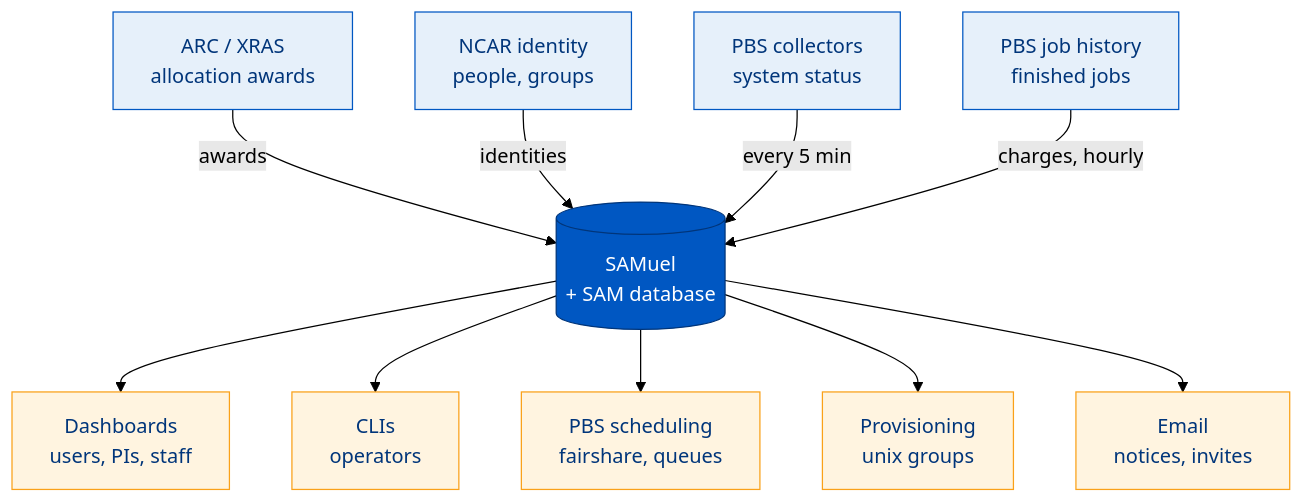
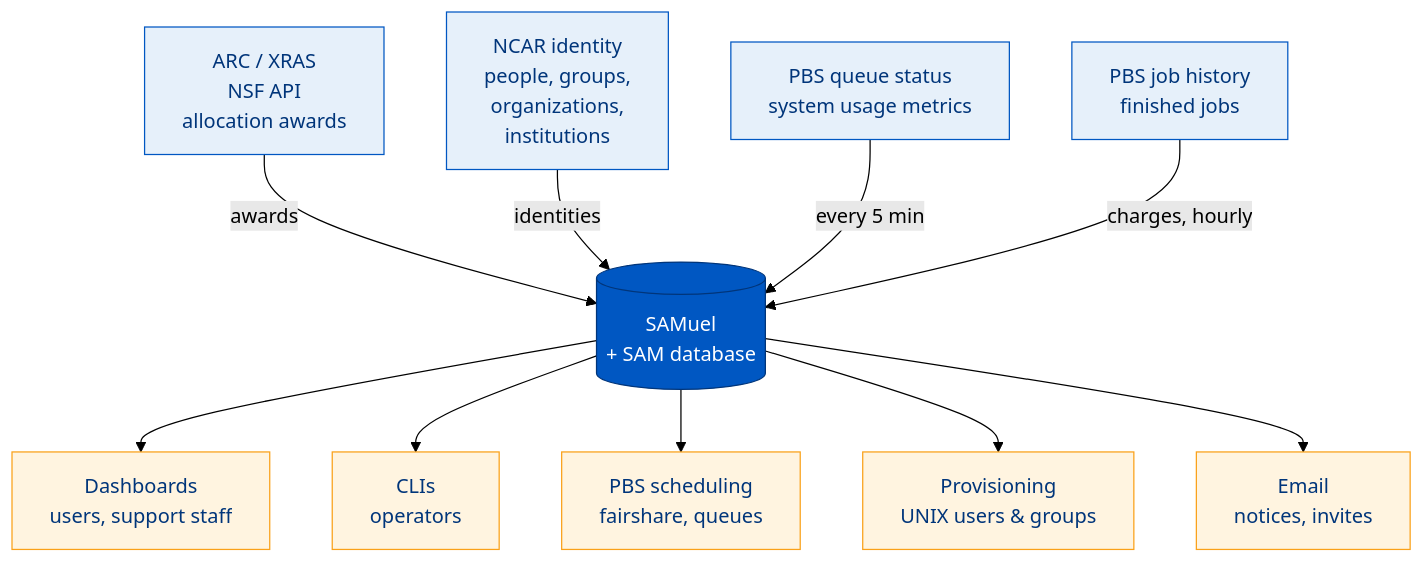
Before and after one commit to benkirk/quarto-docs-framework: the diagram in docs/samuel/_1-overview.qmd, drawn with Mermaid (forest theme). The commit also changed other lines of this file and 5 other files, not shown here.

````diff
--- a/docs/samuel/_1-overview.qmd
+++ b/docs/samuel/_1-overview.qmd
@@ -90,26 +98,26 @@
 ```{mermaid}
 %%| fig-width: 10
 flowchart TB
-    XRAS["ARC / XRAS<br/>allocation awards"]:::inb
-    LDAP["NCAR identity<br/>people, groups"]:::inb
-    COL["PBS collectors<br/>system status"]:::inb
+    XRAS["ARC / XRAS<br/>NSF API<br/>allocation awards"]:::inb
+    LDAP["NCAR identity<br/>people, groups,<br/>organizations,<br/>institutions"]:::inb
+    COL["PBS queue status<br/>system usage metrics"]:::inb
     JOBS["PBS job history<br/>finished jobs"]:::inb
     SAM[("SAMuel<br/>+ SAM database")]:::core
-    WEB["Dashboards<br/>users, PIs, staff"]:::out
+    WEB["Dashboards<br/>users, support staff"]:::out
     CLI["CLIs<br/>operators"]:::out
     PBS["PBS scheduling<br/>fairshare, queues"]:::out
-    PROV["Provisioning<br/>unix groups"]:::out
+    PROV["Provisioning<br/>UNIX users & groups"]:::out
     MAIL["Email<br/>notices, invites"]:::out
     XRAS -->|awards| SAM
     LDAP -->|identities| SAM
     COL -->|every 5 min| SAM
     JOBS -->|charges, hourly| SAM
     SAM --> WEB
     SAM --> CLI
     SAM --> PBS
     SAM --> PROV
     SAM --> MAIL
     classDef inb fill:#E6F0FA,stroke:#0057C2,color:#00357A
     classDef core fill:#0057C2,stroke:#00357A,color:#FFFFFF
     classDef out fill:#FFF4E0,stroke:#FAA119,color:#00357A
 ```
````
